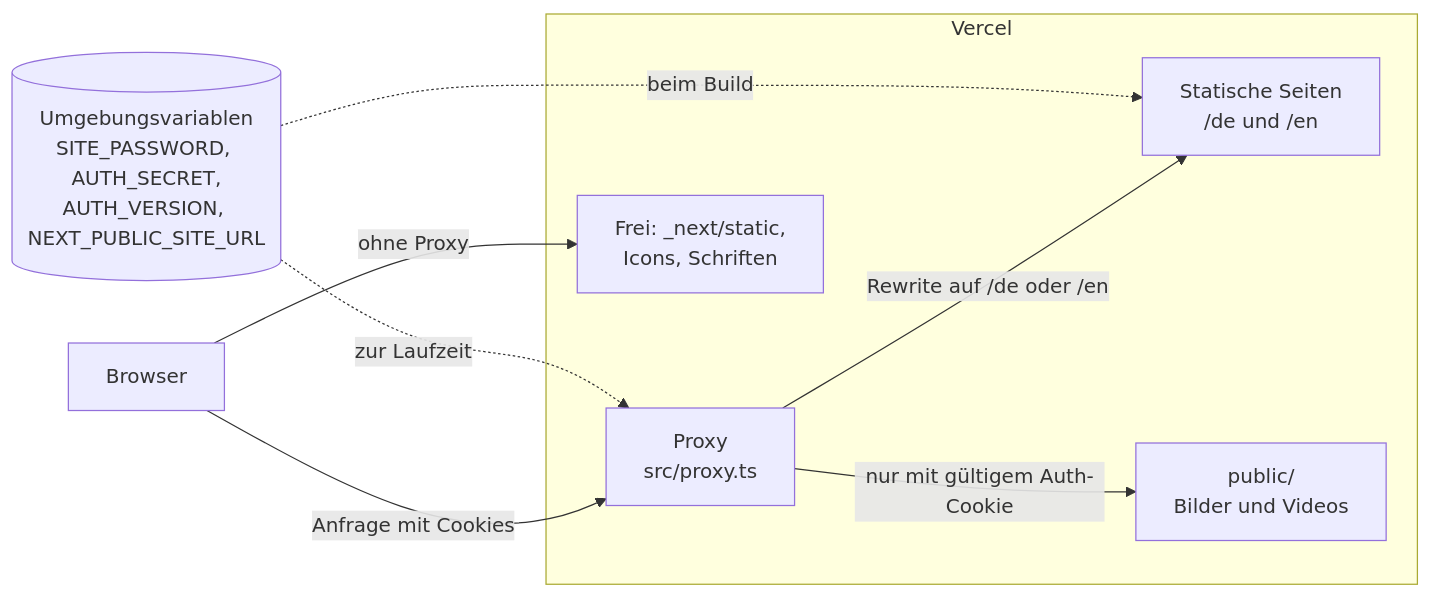
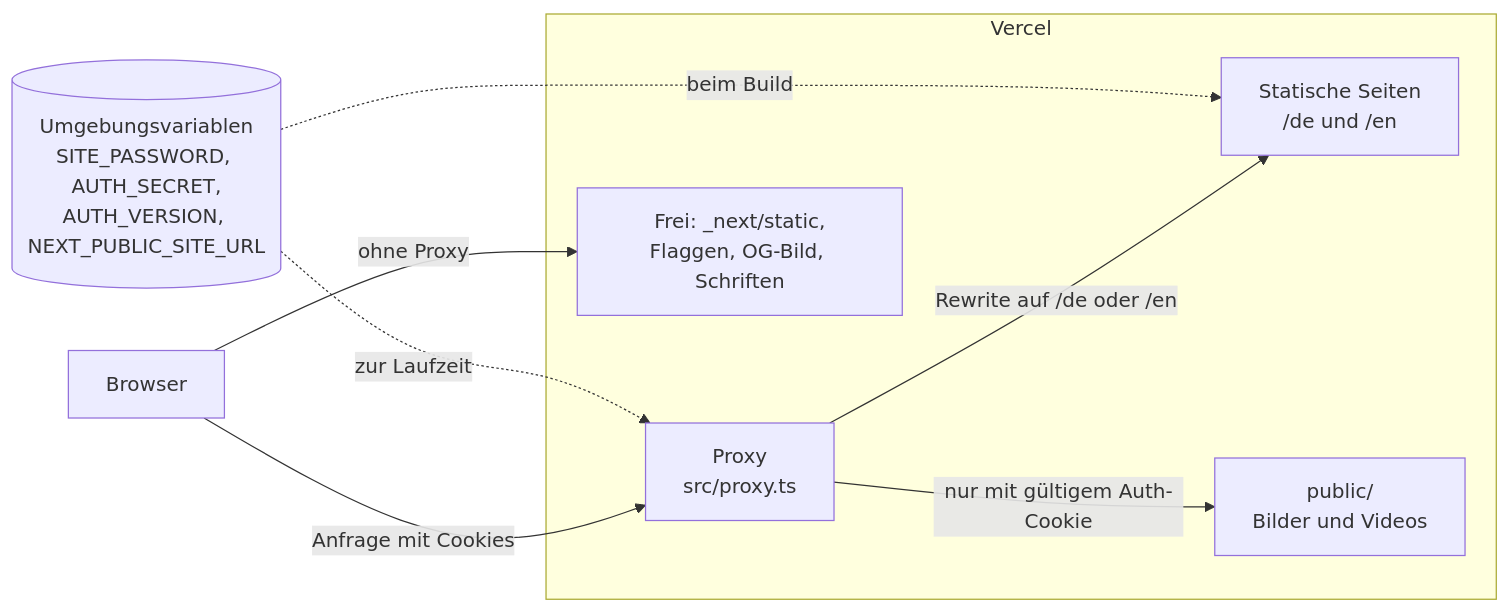
Before and after one commit to 062Leo/dev-portfolio-nextjs: the diagram in portfolio-app/docs/architecture.md, drawn with Mermaid. The commit also changed other lines of this file and 4 other files, not shown here.

First line of the commit message:
Put every icon behind the password except the flags and the Open Graph image

````diff
--- a/portfolio-app/docs/architecture.md
+++ b/portfolio-app/docs/architecture.md
@@ -7,17 +7,17 @@
 ```mermaid
 flowchart LR
   browser["Browser"]
   env[("Umgebungsvariablen<br/>SITE_PASSWORD, AUTH_SECRET,<br/>AUTH_VERSION, NEXT_PUBLIC_SITE_URL")]
   subgraph vercel["Vercel"]
     proxy["Proxy<br/>src/proxy.ts"]
     pages["Statische Seiten<br/>/de und /en"]
     media["public/<br/>Bilder und Videos"]
-    assets["Frei: _next/static,<br/>Icons, Schriften"]
+    assets["Frei: _next/static,<br/>Flaggen, OG-Bild, Schriften"]
   end
   browser -->|"Anfrage mit Cookies"| proxy
   proxy -->|"Rewrite auf /de oder /en"| pages
   proxy -->|"nur mit gültigem Auth-Cookie"| media
   browser -->|"ohne Proxy"| assets
   env -.->|"zur Laufzeit"| proxy
   env -.->|"beim Build"| pages
 ```
````
